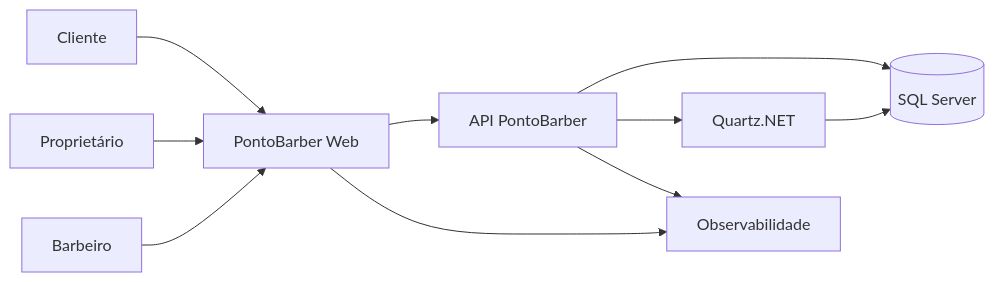
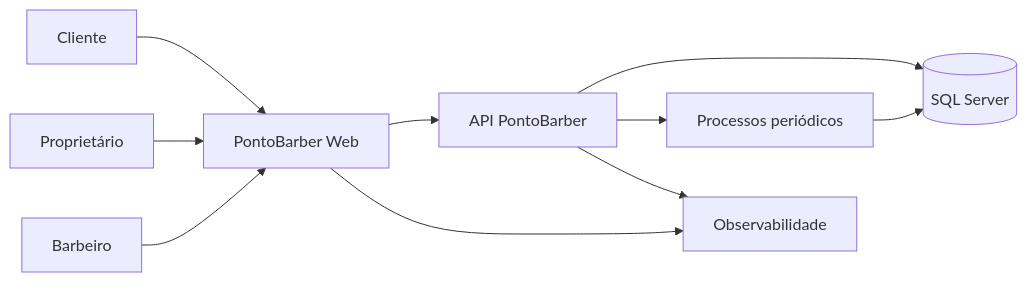
One commit to buenoIago/PontoBarber changed the first of 2 diagrams in docs/TDD.md. Above: the diagram before and after it, drawn with Mermaid. The commit also changed other lines of this file and 31 other files, not shown here.

````diff
--- a/docs/TDD.md
+++ b/docs/TDD.md
@@ -185,12 +185,12 @@
 ```mermaid
 flowchart LR
   C[Cliente] --> WEB[PontoBarber Web]
   P[Proprietário] --> WEB
   B[Barbeiro] --> WEB
   WEB --> API[API PontoBarber]
   API --> DB[(SQL Server)]
-  API --> JOB[Quartz.NET]
+  API --> JOB[Processos periódicos]
   JOB --> DB
   API --> OBS[Observabilidade]
   WEB --> OBS
 ```
````
